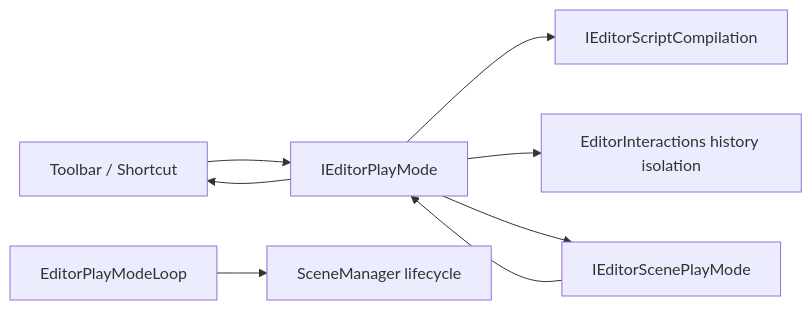
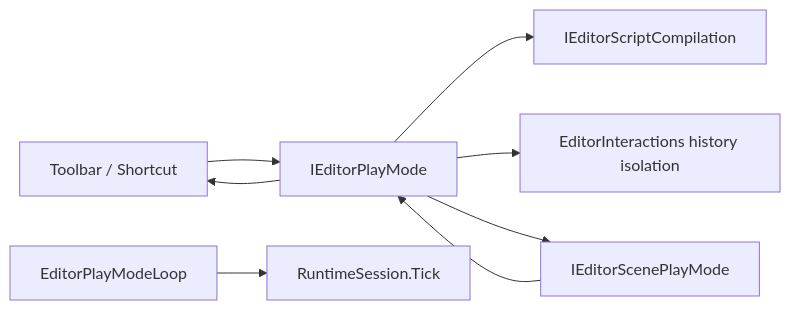
One commit to FLwolfy/InnoEngine changed the diagram in docs/editor/Inno.Editor.PlayMode.md. Above: the diagram before and after it, drawn with Mermaid. The commit also changed other lines of this file and 1984 other files, not shown here.

````diff
--- a/docs/editor/Inno.Editor.PlayMode.md
+++ b/docs/editor/Inno.Editor.PlayMode.md
@@ -9,10 +9,10 @@
 ```mermaid
 flowchart LR
     UI["Toolbar / Shortcut"] --> API["IEditorPlayMode"]
     API --> Scripts["IEditorScriptCompilation"]
     API --> History["EditorInteractions history isolation"]
     API --> Scenes["IEditorScenePlayMode"]
-    Host["EditorPlayModeLoop"] --> Runtime["SceneManager lifecycle"]
+    Host["EditorPlayModeLoop"] --> Runtime["RuntimeSession.Tick"]
     Scenes --> API
     API --> UI
 ```
````
